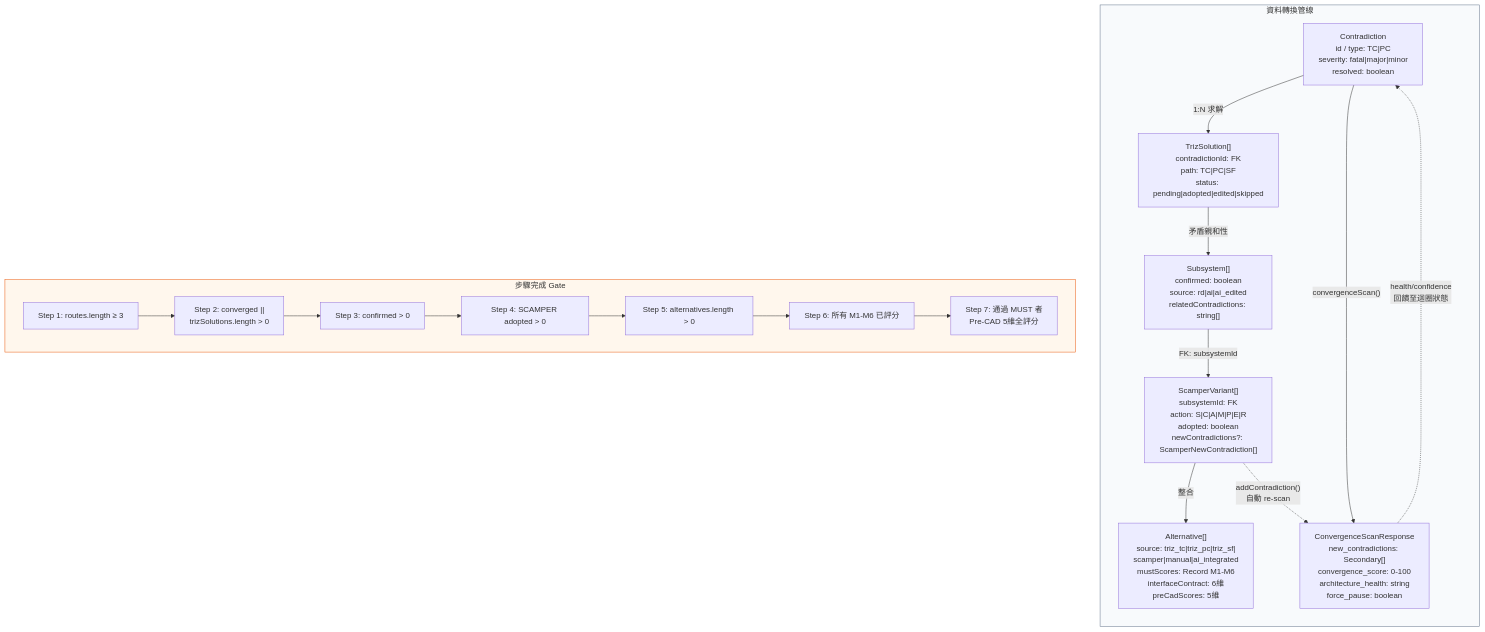
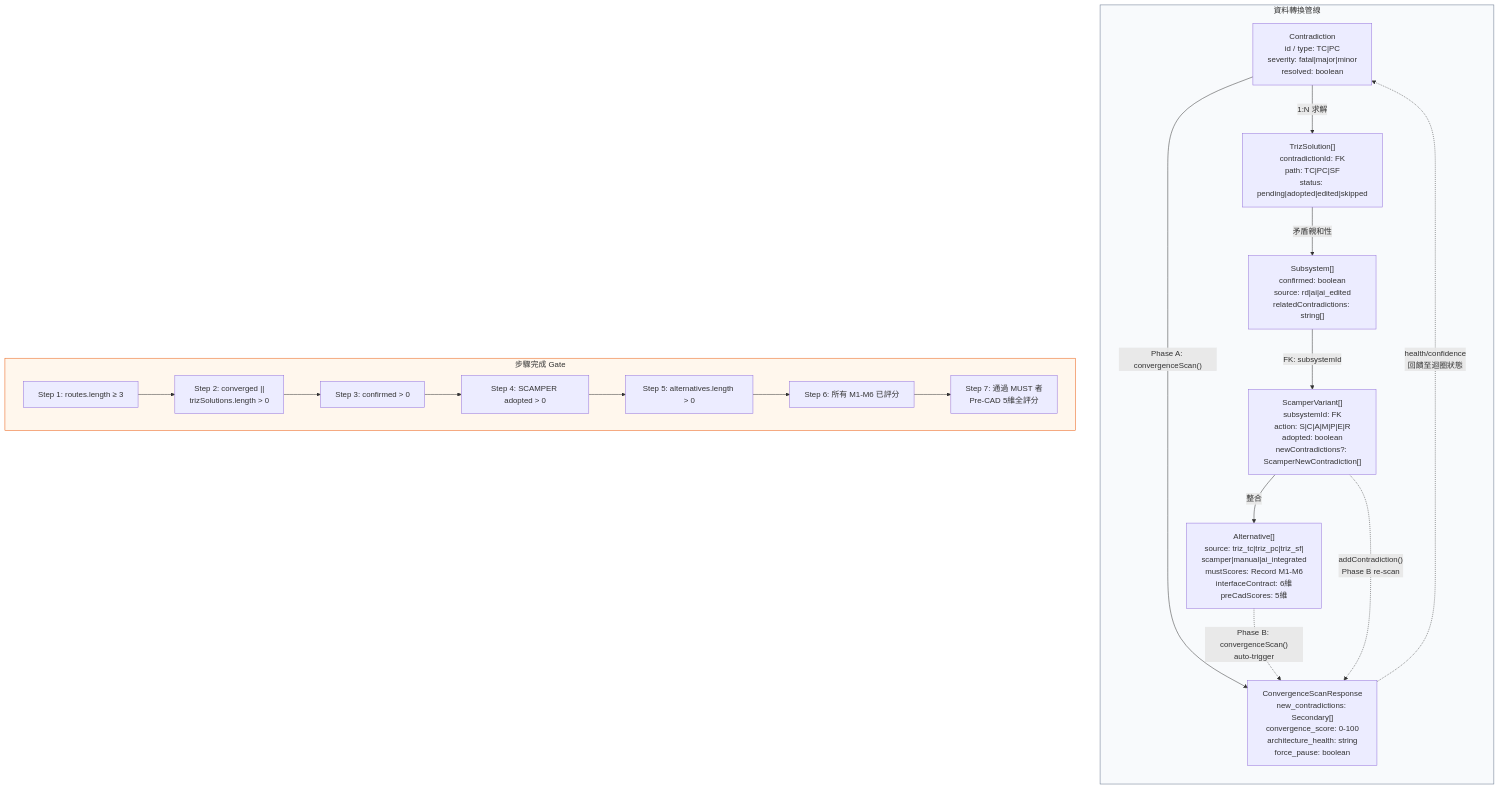
One commit to JIA-HONG-CHU/design-copilot-blueprint changed the fourth of 5 diagrams in docs/diagrams/triz-to-scamper-flow.md. Above: the diagram before and after it, drawn with Mermaid. The commit also changed other lines of this file and 7 other files, not shown here.

First line of the commit message:
feat: two-phase convergence scan — Phase A (contradiction-only) + Phase B (full cross-check)

````diff
--- a/docs/diagrams/triz-to-scamper-flow.md
+++ b/docs/diagrams/triz-to-scamper-flow.md
@@ -232,41 +245,42 @@
 ```mermaid
 flowchart TB
     subgraph DATA_FLOW["資料轉換管線"]
         direction TB
 
         EC["Contradiction<br/>id / type: TC|PC<br/>severity: fatal|major|minor<br/>resolved: boolean"]
 
         TS["TrizSolution[]<br/>contradictionId: FK<br/>path: TC|PC|SF<br/>status: pending|adopted|edited|skipped"]
 
         SCAN_RES["ConvergenceScanResponse<br/>new_contradictions: Secondary[]<br/>convergence_score: 0-100<br/>architecture_health: string<br/>force_pause: boolean"]
 
         SS["Subsystem[]<br/>confirmed: boolean<br/>source: rd|ai|ai_edited<br/>relatedContradictions: string[]"]
 
         SV["ScamperVariant[]<br/>subsystemId: FK<br/>action: S|C|A|M|P|E|R<br/>adopted: boolean<br/>newContradictions?: ScamperNewContradiction[]"]
 
         ALT["Alternative[]<br/>source: triz_tc|triz_pc|triz_sf|<br/>scamper|manual|ai_integrated<br/>mustScores: Record M1-M6<br/>interfaceContract: 6維<br/>preCadScores: 5維"]
 
         EC -->|"1:N 求解"| TS
-        EC -->|"convergenceScan()"| SCAN_RES
+        EC -->|"Phase A: convergenceScan()"| SCAN_RES
         TS -->|"矛盾親和性"| SS
         SS -->|"FK: subsystemId"| SV
         SV -->|"整合"| ALT
+        ALT -.->|"Phase B: convergenceScan()<br/>auto-trigger"| SCAN_RES
         SCAN_RES -.->|"health/confidence<br/>回饋至迴圈狀態"| EC
-        SV -.->|"addContradiction()<br/>自動 re-scan"| SCAN_RES
+        SV -.->|"addContradiction()<br/>Phase B re-scan"| SCAN_RES
     end
 
     subgraph GATES["步驟完成 Gate"]
         direction LR
         G1["Step 1: routes.length ≥ 3"]
         G2["Step 2: converged ||<br/>trizSolutions.length > 0"]
         G3["Step 3: confirmed > 0"]
         G4["Step 4: SCAMPER adopted > 0"]
         G5["Step 5: alternatives.length > 0"]
         G6["Step 6: 所有 M1-M6 已評分"]
         G7["Step 7: 通過 MUST 者<br/>Pre-CAD 5維全評分"]
         G1 --> G2 --> G3 --> G4 --> G5 --> G6 --> G7
     end
 
     style DATA_FLOW fill:#F8FAFC,stroke:#64748B
     style GATES fill:#FFF7ED,stroke:#EA580C
 ```
````
